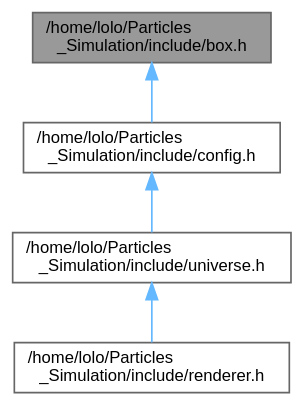
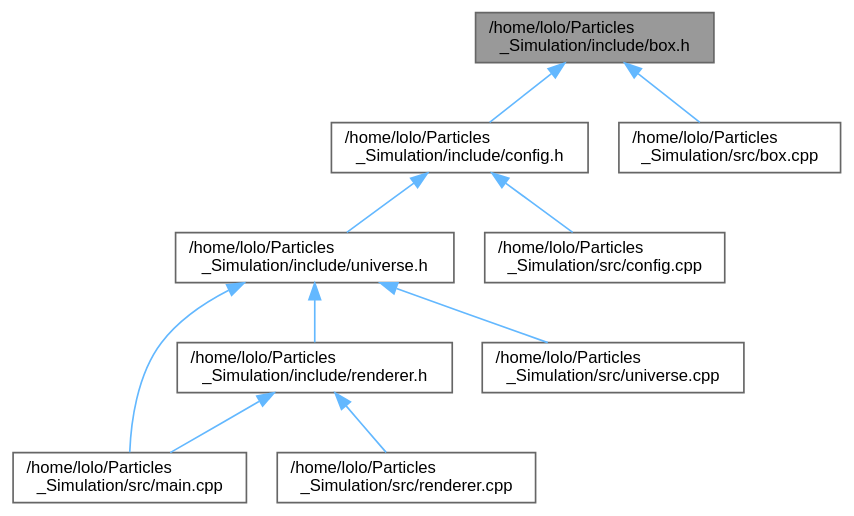
One commit to Kojittsu/Particles_Simulation changed the diagram in docs/box_8h__dep__incl.dot. Above: the diagram before and after it, drawn with Graphviz. The commit also changed 136 other files, not shown here.

```diff
--- a/docs/box_8h__dep__incl.dot
+++ b/docs/box_8h__dep__incl.dot
@@ -1,14 +1,25 @@
 digraph "/home/lolo/Particles_Simulation/include/box.h"
 {
  // LATEX_PDF_SIZE
   bgcolor="transparent";
   edge [fontname=Helvetica,fontsize=10,labelfontname=Helvetica,labelfontsize=10];
   node [fontname=Helvetica,fontsize=10,shape=box,height=0.2,width=0.4];
   Node1 [id="Node000001",label="/home/lolo/Particles\l_Simulation/include/box.h",height=0.2,width=0.4,color="gray40", fillcolor="grey60", style="filled", fontcolor="black",tooltip=" "];
   Node1 -> Node2 [id="edge1_Node000001_Node000002",dir="back",color="steelblue1",style="solid",tooltip=" "];
   Node2 [id="Node000002",label="/home/lolo/Particles\l_Simulation/include/config.h",height=0.2,width=0.4,color="grey40", fillcolor="white", style="filled",URL="$config_8h.html",tooltip=" "];
   Node2 -> Node3 [id="edge2_Node000002_Node000003",dir="back",color="steelblue1",style="solid",tooltip=" "];
   Node3 [id="Node000003",label="/home/lolo/Particles\l_Simulation/include/universe.h",height=0.2,width=0.4,color="grey40", fillcolor="white", style="filled",URL="$universe_8h.html",tooltip=" "];
   Node3 -> Node4 [id="edge3_Node000003_Node000004",dir="back",color="steelblue1",style="solid",tooltip=" "];
   Node4 [id="Node000004",label="/home/lolo/Particles\l_Simulation/include/renderer.h",height=0.2,width=0.4,color="grey40", fillcolor="white", style="filled",URL="$renderer_8h.html",tooltip=" "];
+  Node4 -> Node5 [id="edge4_Node000004_Node000005",dir="back",color="steelblue1",style="solid",tooltip=" "];
+  Node5 [id="Node000005",label="/home/lolo/Particles\l_Simulation/src/main.cpp",height=0.2,width=0.4,color="grey40", fillcolor="white", style="filled",URL="$main_8cpp.html",tooltip=" "];
+  Node4 -> Node6 [id="edge5_Node000004_Node000006",dir="back",color="steelblue1",style="solid",tooltip=" "];
+  Node6 [id="Node000006",label="/home/lolo/Particles\l_Simulation/src/renderer.cpp",height=0.2,width=0.4,color="grey40", fillcolor="white", style="filled",URL="$renderer_8cpp.html",tooltip=" "];
+  Node3 -> Node5 [id="edge6_Node000003_Node000005",dir="back",color="steelblue1",style="solid",tooltip=" "];
+  Node3 -> Node7 [id="edge7_Node000003_Node000007",dir="back",color="steelblue1",style="solid",tooltip=" "];
+  Node7 [id="Node000007",label="/home/lolo/Particles\l_Simulation/src/universe.cpp",height=0.2,width=0.4,color="grey40", fillcolor="white", style="filled",URL="$universe_8cpp.html",tooltip=" "];
+  Node2 -> Node8 [id="edge8_Node000002_Node000008",dir="back",color="steelblue1",style="solid",tooltip=" "];
+  Node8 [id="Node000008",label="/home/lolo/Particles\l_Simulation/src/config.cpp",height=0.2,width=0.4,color="grey40", fillcolor="white", style="filled",URL="$config_8cpp.html",tooltip=" "];
+  Node1 -> Node9 [id="edge9_Node000001_Node000009",dir="back",color="steelblue1",style="solid",tooltip=" "];
+  Node9 [id="Node000009",label="/home/lolo/Particles\l_Simulation/src/box.cpp",height=0.2,width=0.4,color="grey40", fillcolor="white", style="filled",URL="$box_8cpp.html",tooltip=" "];
 }
```
